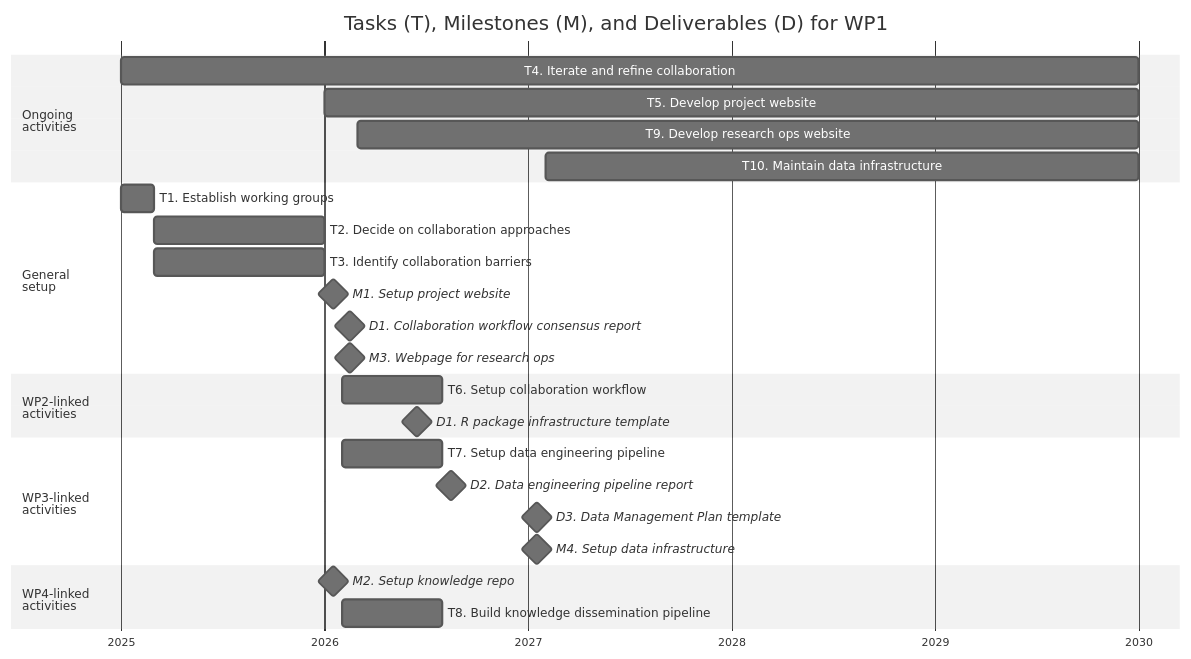
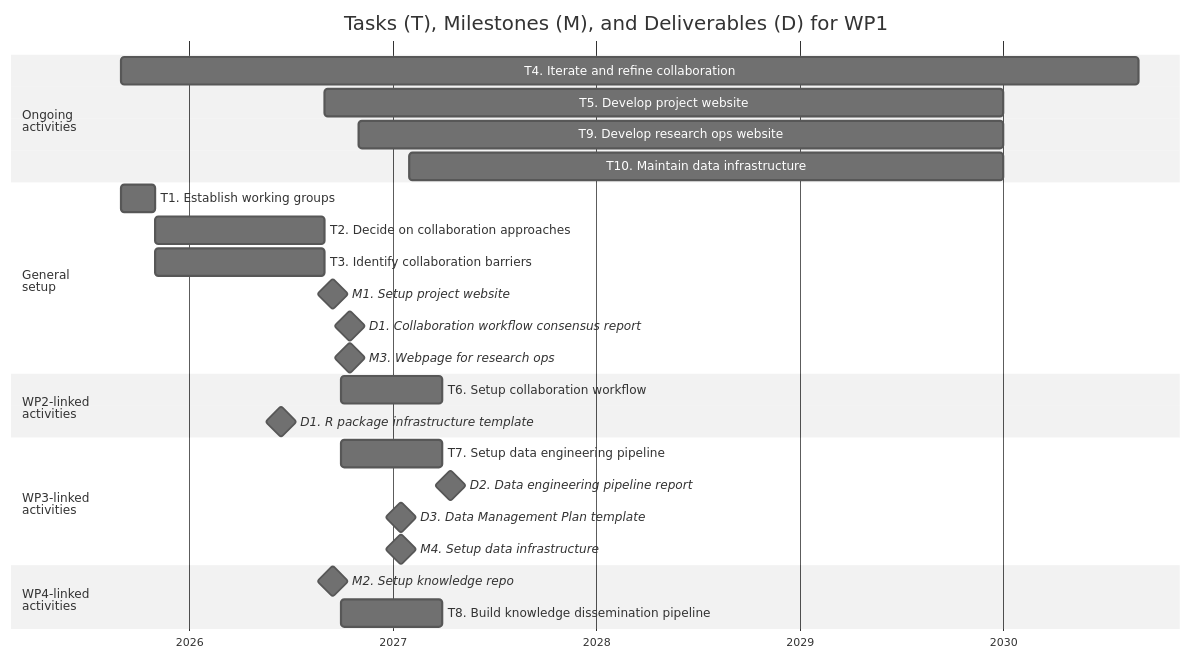
One commit to dp-next/wp1-ros changed the diagram in images/gantt-wp1.mmd. Above: the diagram before and after it, drawn with Mermaid. The commit also changed 1 other file, not shown here.

Commit message:
docs: :pencil2: change start date in gantt charts to Sept, not Jan

```diff
--- a/images/gantt-wp1.mmd
+++ b/images/gantt-wp1.mmd
@@ -1,42 +1,42 @@
 %%{init: {
-  'theme': 'neutral', 
+  'theme': 'neutral',
   'gantt': {
     'barHeight': 25,
     'leftPadding': 100
   }
 }}%%
 gantt
   title Tasks (T), Milestones (M), and Deliverables (D) for WP1
   dateFormat  YYYY-MM-DD
   axisFormat %Y
   tickInterval 1year
   todayMarker off
   %% (`excludes` accepts specific dates in YYYY-MM-DD format, days of the week ("sunday") or "weekends", but not the word "weekdays".)
 
   section Ongoing<br>activities
-  T4. Iterate and refine collaboration: imp_collab, 2025-01-01, 5y
+  T4. Iterate and refine collaboration: imp_collab, 2025-09-01, 5y
   T5. Develop project website: imp_proj_web, after collab_agree, 2030-01-01
   T9. Develop research ops website: imp_reops_web, after consensus, 2030-01-01
   T10. Maintain data infrastructure: imp_seedcase, after seedcase, 2030-01-01
 
   section General<br>setup
-  T1. Establish working groups: wg, 2025-01-01, 2M
+  T1. Establish working groups: wg, 2025-09-01, 2M
   T2.  Decide on collaboration approaches: collab_agree, after wg, 10M
   T3. Identify collaboration barriers: barriers, after wg, 10M
   M1. Setup project website: milestone, web_proj, after barriers, 1M
   D1. Collaboration workflow consensus report: milestone, consensus, after web_proj, 1M
   M3. Webpage for research ops: milestone, web_reops, after web_proj, 1M
 
   section WP2-linked<br>activities
   T6. Setup collaboration workflow: collab_wp2, after web_proj, 6M
   D1. R package infrastructure template: milestone, template_rpkg, 2026-06-01, 1M
 
   section WP3-linked<br>activities
   T7. Setup data engineering pipeline: de_wp3, after web_proj, 6M
   D2. Data engineering pipeline report: milestone, der_wp3, after de_wp3, 1M
-  D3. Data Management Plan template: milestone, template_dmp, 2027-01-01, 1M 
+  D3. Data Management Plan template: milestone, template_dmp, 2027-01-01, 1M
   M4. Setup data infrastructure: milestone, seedcase, 2027-01-01, 1M
 
   section WP4-linked<br>activities
   M2. Setup knowledge repo: milestone, kr_wp4, after collab_agree, 1M
-  T8. Build knowledge dissemination pipeline: kmp_wp4, after kr_wp4, 6M  
+  T8. Build knowledge dissemination pipeline: kmp_wp4, after kr_wp4, 6M
```
